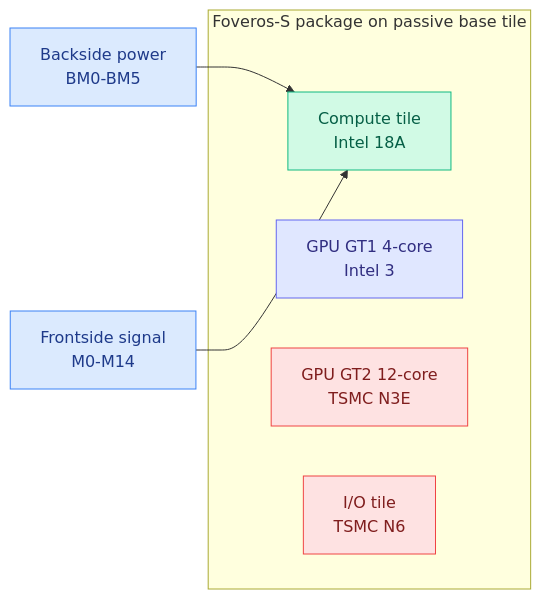
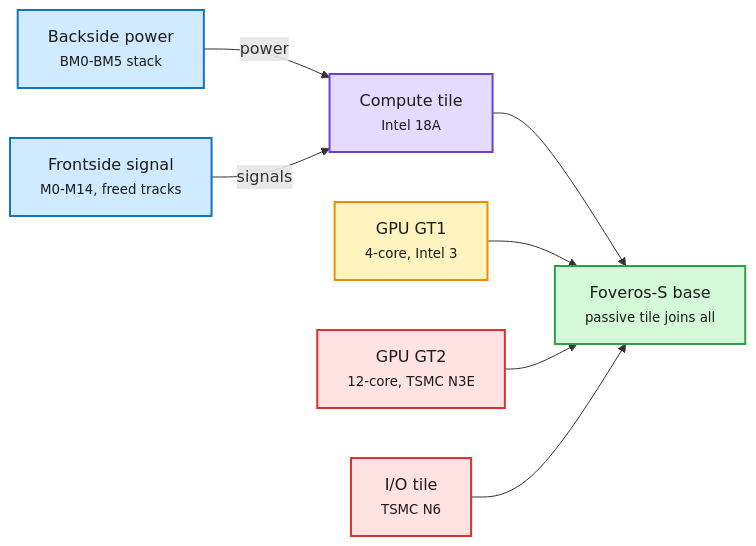
The fifth of 9 diagrams in wiki/daily-digest/2026-09/2026-09-27.md (bayesiansapien/cere-bro), drawn with Mermaid before and after one commit. The commit also changed other lines of this file, not shown here.

````diff
--- a/wiki/daily-digest/2026-09/2026-09-27.md
+++ b/wiki/daily-digest/2026-09/2026-09-27.md
@@ -190,19 +275,19 @@
 ```mermaid
 flowchart LR
-  subgraph PKG[Foveros-S package on passive base tile]
-    C[Compute tile<br/>Intel 18A]
-    G1[GPU GT1 4-core<br/>Intel 3]
-    G2[GPU GT2 12-core<br/>TSMC N3E]
-    IO[I/O tile<br/>TSMC N6]
-  end
-  B[Backside power<br/>BM0-BM5] --> C
-  F[Frontside signal<br/>M0-M14] --> C
-  classDef input fill:#dbeafe,stroke:#3b82f6,color:#1e3a8a
-  classDef output fill:#d1fae5,stroke:#10b981,color:#065f46
-  classDef warn fill:#fee2e2,stroke:#ef4444,color:#7f1d1d
-  classDef aux fill:#e0e7ff,stroke:#6366f1,color:#312e81
-  class C output
-  class G2,IO warn
-  class G1 aux
-  class B,F input
+  PW["Backside power<br/><small>BM0-BM5 stack</small>"] -->|power| C["Compute tile<br/><small>Intel 18A</small>"]
+  SG["Frontside signal<br/><small>M0-M14, freed tracks</small>"] -->|signals| C
+  C --> BT["Foveros-S base<br/><small>passive tile joins all</small>"]
+  G1["GPU GT1<br/><small>4-core, Intel 3</small>"] --> BT
+  G2["GPU GT2<br/><small>12-core, TSMC N3E</small>"] --> BT
+  IO["I/O tile<br/><small>TSMC N6</small>"] --> BT
+  classDef input fill:#d0ebff,stroke:#1971c2,color:#1b1b1b,stroke-width:2px
+  classDef core fill:#e5dbff,stroke:#6741d9,color:#1b1b1b,stroke-width:2px
+  classDef loop fill:#fff3bf,stroke:#f08c00,color:#1b1b1b,stroke-width:2px
+  classDef exit fill:#d3f9d8,stroke:#2f9e44,color:#1b1b1b,stroke-width:2px
+  classDef err fill:#ffe3e3,stroke:#e03131,color:#1b1b1b,stroke-width:2px
+  class PW,SG input
+  class C core
+  class G1 loop
+  class G2,IO err
+  class BT exit
 ```
````
